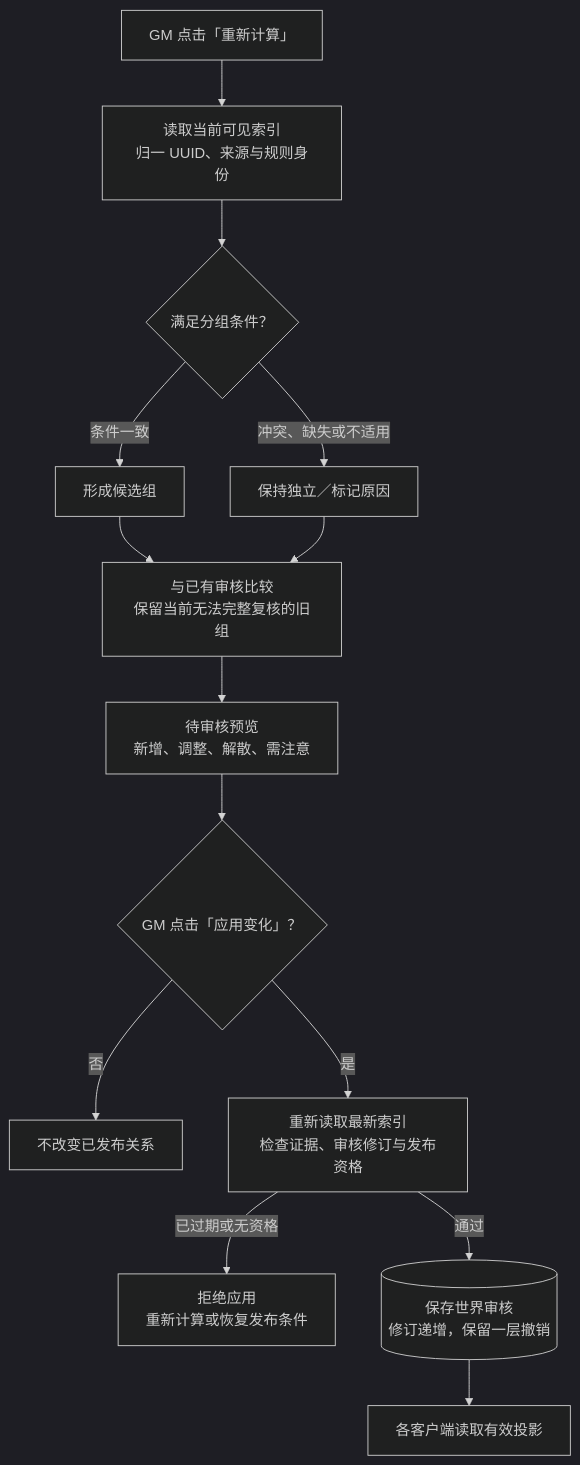
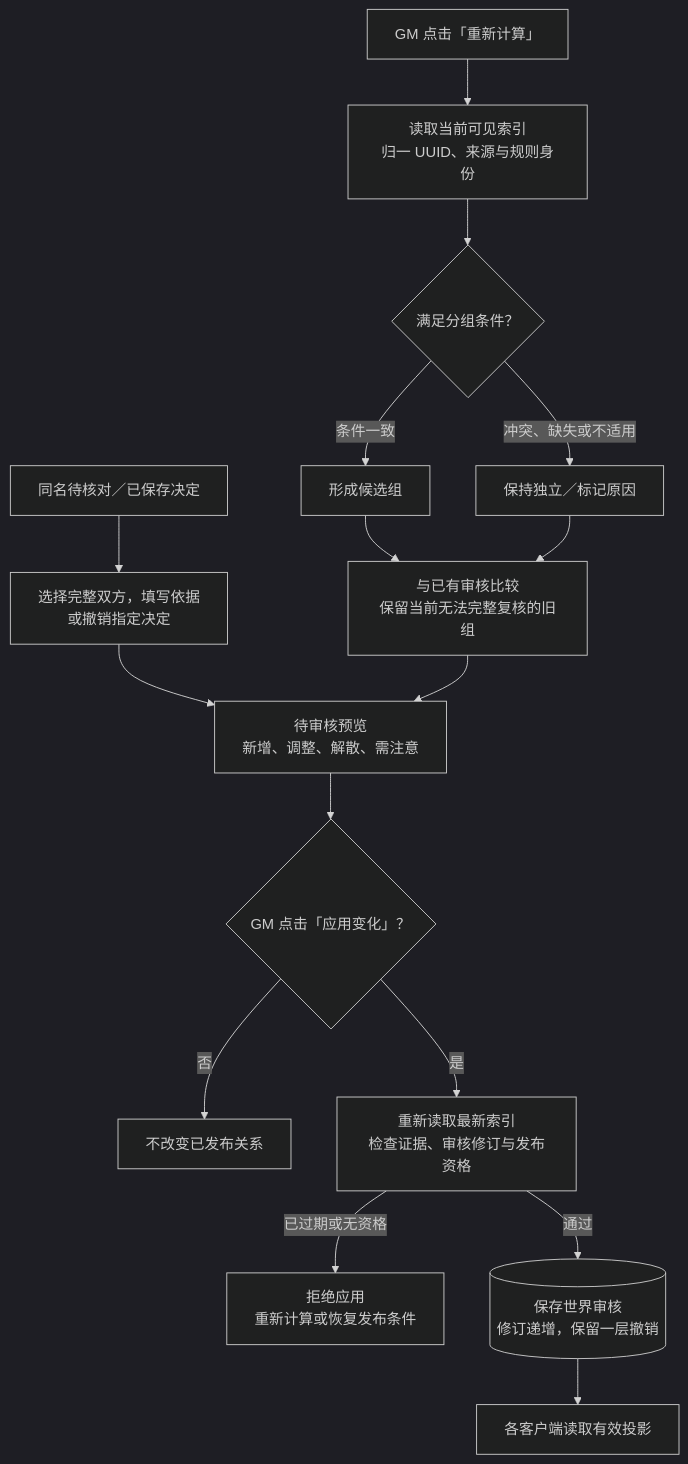
The fourth of 4 diagrams in docs/architecture.md (5esimforall/truesight), drawn with Mermaid (dark theme) before and after one commit. The commit also changed other lines of this file and 17 other files, not shown here.

````diff
--- a/docs/architecture.md
+++ b/docs/architecture.md
@@ -108,20 +112,22 @@
 ```mermaid
 flowchart TD
     A["GM 点击「重新计算」"] --> B["读取当前可见索引<br/>归一 UUID、来源与规则身份"]
     B --> C{"满足分组条件？"}
+    NR["同名待核对／已保存决定"] --> NP["选择完整双方，填写依据<br/>或撤销指定决定"]
+    NP --> G
 
     C -->|"冲突、缺失或不适用"| D["保持独立／标记原因"]
     C -->|"条件一致"| E["形成候选组"]
 
     E --> F["与已有审核比较<br/>保留当前无法完整复核的旧组"]
     D --> F
     F --> G["待审核预览<br/>新增、调整、解散、需注意"]
     G --> H{"GM 点击「应用变化」？"}
 
     H -->|"否"| I["不改变已发布关系"]
     H -->|"是"| J["重新读取最新索引<br/>检查证据、审核修订与发布资格"]
 
     J -->|"已过期或无资格"| K["拒绝应用<br/>重新计算或恢复发布条件"]
     J -->|"通过"| L[("保存世界审核<br/>修订递增，保留一层撤销")]
     L --> M["各客户端读取有效投影"]
 ```
````
